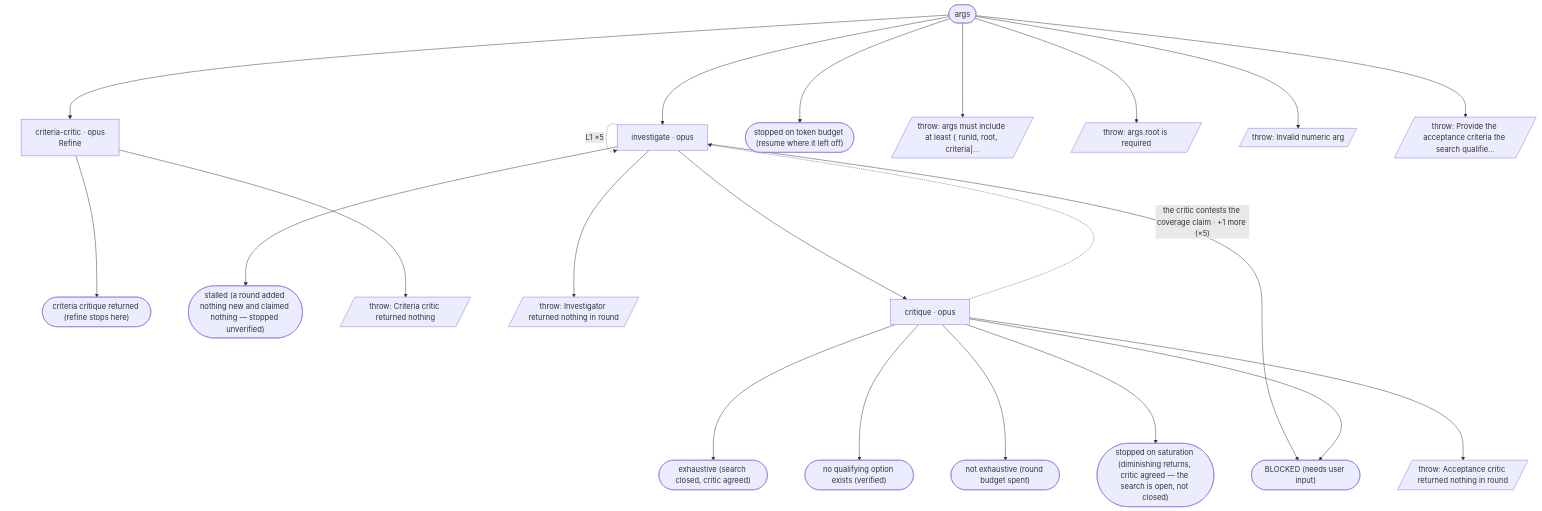
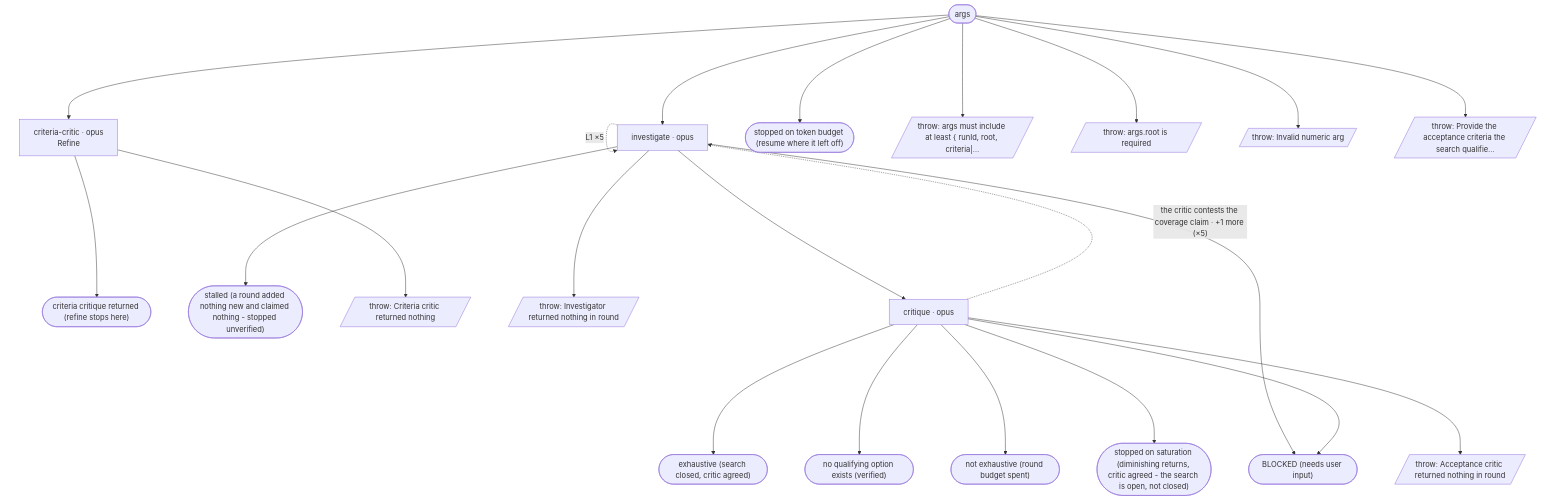
Before and after one commit to Blakeem/aipromptguide-workflows: the diagram in workflows/investigate/FLOW.md, drawn with Mermaid. The commit also changed other lines of this file and 13 other files, not shown here.

Commit message:
cleaned up flow files for display on website

````diff
--- a/workflows/investigate/FLOW.md
+++ b/workflows/investigate/FLOW.md
@@ -8,44 +8,44 @@
 ```mermaid
 %%{init: {"flowchart": {"nodeSpacing": 80, "rankSpacing": 200}}}%%
 flowchart TD
   S0(["args"])
   a1["criteria-critic · opus<br/>Refine"]
   a2["investigate · opus"]
   a3["critique · opus"]
   t1(["criteria critique returned (refine stops here)"])
   t2(["exhaustive (search closed, critic agreed)"])
   t3(["no qualifying option exists (verified)"])
   t4(["not exhaustive (round budget spent)"])
-  t5(["stopped on saturation (diminishing returns, critic agreed — the search is open, not closed)"])
-  t6(["stalled (a round added nothing new and claimed nothing — stopped unverified)"])
+  t5(["stopped on saturation (diminishing returns, critic agreed - the search is open, not closed)"])
+  t6(["stalled (a round added nothing new and claimed nothing - stopped unverified)"])
   t7(["stopped on token budget (resume where it left off)"])
   t8(["BLOCKED (needs user input)"])
   x1[/"throw: args must include at least { runId, root, criteria#124;…"/]
   x2[/"throw: args.root is required"/]
   x3[/"throw: Invalid numeric arg"/]
   x4[/"throw: Provide the acceptance criteria the search qualifie…"/]
   x5[/"throw: Criteria critic returned nothing"/]
   x6[/"throw: Investigator returned nothing in round"/]
   x7[/"throw: Acceptance critic returned nothing in round"/]
   S0 --> a1
   S0 --> a2
   S0 --> t7
   S0 --> x1
   S0 --> x2
   S0 --> x3
   S0 --> x4
   a1 --> t1
   a1 --> x5
   a2 -.->|"L1 ×5"| a2
   a2 --> a3
   a2 --> t6
   a2 --> t8
   a2 --> x6
   a3 -.->|"the critic contests the coverage claim · +1 more (×5)"| a2
   a3 --> t2
   a3 --> t3
   a3 --> t4
   a3 --> t5
   a3 --> t8
   a3 --> x7
 ```
````
